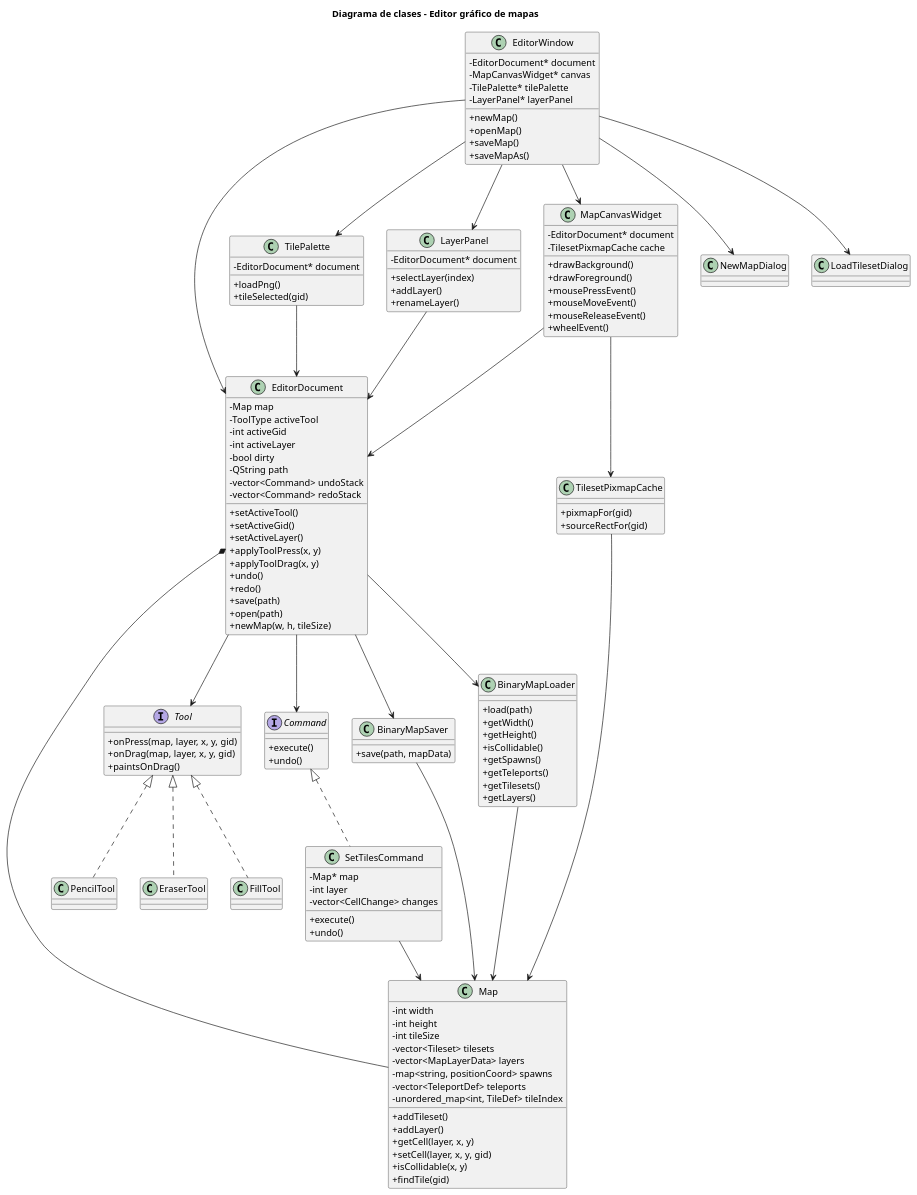
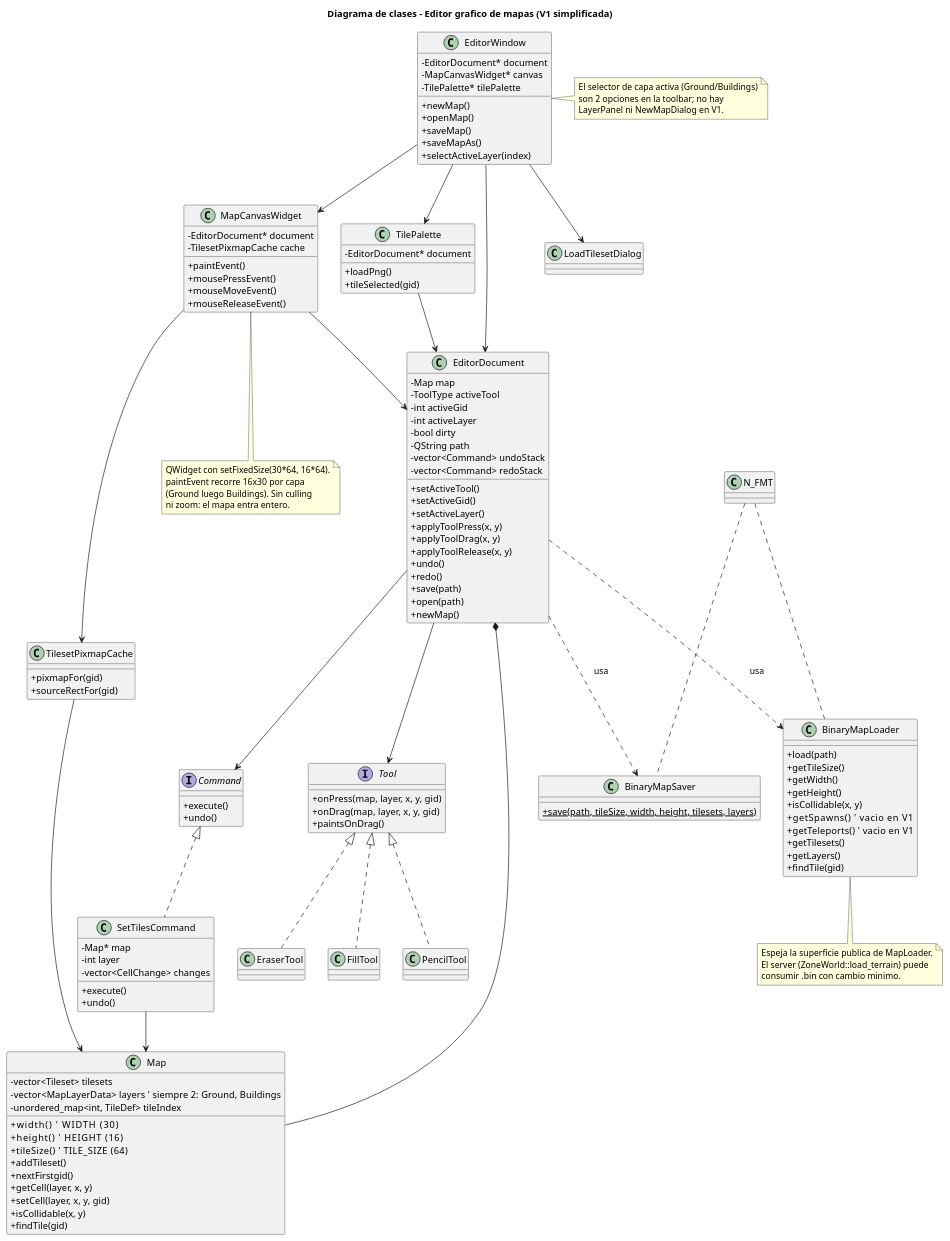
One commit to juanbalella20/Tp---final-Taller-de-programacion- changed the diagram in editor-grafico/edtior-mapa.puml. Above: the diagram before and after it, drawn with PlantUML.

Commit message:
docs: update puml

```diff
--- a/editor-grafico/edtior-mapa.puml
+++ b/editor-grafico/edtior-mapa.puml
@@ -1,155 +1,176 @@
-@startuml
-title Diagrama de clases - Editor gráfico de mapas
+@startuml editor-mapa
+title Diagrama de clases - Editor grafico de mapas (V1 simplificada)
 
 skinparam classAttributeIconSize 0
+
+' ============================================================================
+' V1 SIMPLIFICADA:
+'  - Mapa de tamano FIJO 30x16, tile 64x64 (constantes WIDTH/HEIGHT/TILE_SIZE).
+'  - DOS capas fijas: Ground (0) y Buildings (1). Sin agregar/quitar/renombrar.
+'  - Paleta por carga manual de PNGs (modelo firstgid).
+'  - Herramientas: Pencil + Eraser + Fill.
+'  - .bin guarda META + TILESETS + LAYERS (sin spawns/teleports todavia).
+'  - Canvas QWidget + paintEvent (sin culling/zoom; el mapa entra entero).
+' ============================================================================
 
 class EditorWindow {
   - EditorDocument* document
   - MapCanvasWidget* canvas
   - TilePalette* tilePalette
-  - LayerPanel* layerPanel
   + newMap()
   + openMap()
   + saveMap()
   + saveMapAs()
+  + selectActiveLayer(index)
 }
+
+note right of EditorWindow
+  El selector de capa activa (Ground/Buildings)
+  son 2 opciones en la toolbar; no hay
+  LayerPanel ni NewMapDialog en V1.
+end note
 
 class EditorDocument {
   - Map map
   - ToolType activeTool
   - int activeGid
   - int activeLayer
   - bool dirty
   - QString path
   - vector<Command> undoStack
   - vector<Command> redoStack
   + setActiveTool()
   + setActiveGid()
   + setActiveLayer()
   + applyToolPress(x, y)
   + applyToolDrag(x, y)
+  + applyToolRelease(x, y)
   + undo()
   + redo()
   + save(path)
   + open(path)
-  + newMap(w, h, tileSize)
+  + newMap()
 }
 
 class Map {
-  - int width
-  - int height
-  - int tileSize
   - vector<Tileset> tilesets
-  - vector<MapLayerData> layers
-  - map<string, positionCoord> spawns
-  - vector<TeleportDef> teleports
+  - vector<MapLayerData> layers   ' siempre 2: Ground, Buildings
   - unordered_map<int, TileDef> tileIndex
+  + width()        ' WIDTH (30)
+  + height()       ' HEIGHT (16)
+  + tileSize()     ' TILE_SIZE (64)
   + addTileset()
-  + addLayer()
+  + nextFirstgid()
   + getCell(layer, x, y)
   + setCell(layer, x, y, gid)
   + isCollidable(x, y)
   + findTile(gid)
 }
 
 class MapCanvasWidget {
   - EditorDocument* document
   - TilesetPixmapCache cache
-  + drawBackground()
-  + drawForeground()
+  + paintEvent()
   + mousePressEvent()
   + mouseMoveEvent()
   + mouseReleaseEvent()
-  + wheelEvent()
 }
+
+note bottom of MapCanvasWidget
+  QWidget con setFixedSize(30*64, 16*64).
+  paintEvent recorre 16x30 por capa
+  (Ground luego Buildings). Sin culling
+  ni zoom: el mapa entra entero.
+end note
 
 class TilePalette {
   - EditorDocument* document
   + loadPng()
   + tileSelected(gid)
-}
-
-class LayerPanel {
-  - EditorDocument* document
-  + selectLayer(index)
-  + addLayer()
-  + renameLayer()
 }
 
 interface Tool {
   + onPress(map, layer, x, y, gid)
   + onDrag(map, layer, x, y, gid)
   + paintsOnDrag()
 }
 
 class PencilTool
 class EraserTool
 class FillTool
 
 interface Command {
   + execute()
   + undo()
 }
 
 class SetTilesCommand {
   - Map* map
   - int layer
   - vector<CellChange> changes
   + execute()
   + undo()
 }
 
+' --- Persistencia: vive en common/. NO depende de Map (la usa tambien el server). ---
 class BinaryMapSaver {
-  + save(path, mapData)
+  + {static} save(path, tileSize, width, height, tilesets, layers)
 }
 
 class BinaryMapLoader {
   + load(path)
+  + getTileSize()
   + getWidth()
   + getHeight()
-  + isCollidable()
-  + getSpawns()
-  + getTeleports()
+  + isCollidable(x, y)
+  + getSpawns()      ' vacio en V1
+  + getTeleports()   ' vacio en V1
   + getTilesets()
   + getLayers()
+  + findTile(gid)
 }
+
+note bottom of BinaryMapLoader
+  Espeja la superficie publica de MapLoader.
+  El server (ZoneWorld::load_terrain) puede
+  consumir .bin con cambio minimo.
+end note
+
+N_FMT .. BinaryMapSaver
+N_FMT .. BinaryMapLoader
 
 class TilesetPixmapCache {
   + pixmapFor(gid)
   + sourceRectFor(gid)
 }
 
-class NewMapDialog
 class LoadTilesetDialog
 
+' --- Relaciones -------------------------------------------------------------
 EditorWindow --> EditorDocument
 EditorWindow --> MapCanvasWidget
 EditorWindow --> TilePalette
-EditorWindow --> LayerPanel
-EditorWindow --> NewMapDialog
 EditorWindow --> LoadTilesetDialog
 
 MapCanvasWidget --> EditorDocument
 TilePalette --> EditorDocument
-LayerPanel --> EditorDocument
 
 EditorDocument *-- Map
 EditorDocument --> Tool
 EditorDocument --> Command
-EditorDocument --> BinaryMapSaver
-EditorDocument --> BinaryMapLoader
+' El EditorDocument hace de puente: extrae los datos del Map para el Saver
+' y reconstruye el Map desde el Loader. La persistencia NO conoce a Map.
+EditorDocument ..> BinaryMapSaver : usa
+EditorDocument ..> BinaryMapLoader : usa
 
 Tool <|.. PencilTool
 Tool <|.. EraserTool
 Tool <|.. FillTool
 
 Command <|.. SetTilesCommand
 SetTilesCommand --> Map
 
 MapCanvasWidget --> TilesetPixmapCache
 TilesetPixmapCache --> Map
 
-BinaryMapSaver --> Map
-BinaryMapLoader --> Map
-
 @enduml
```
